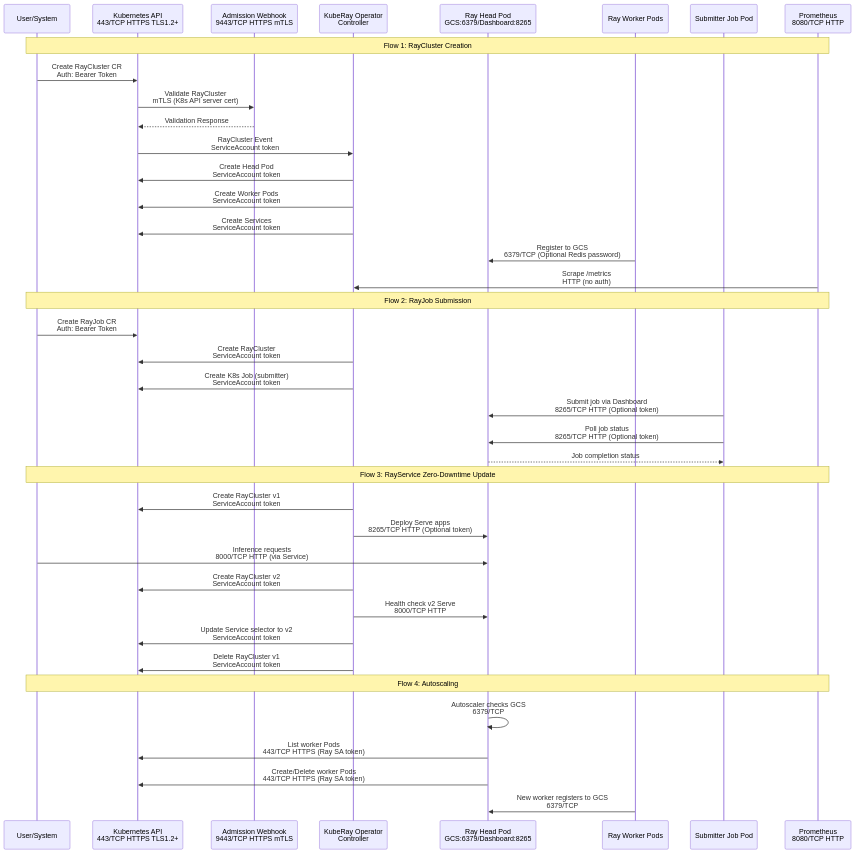
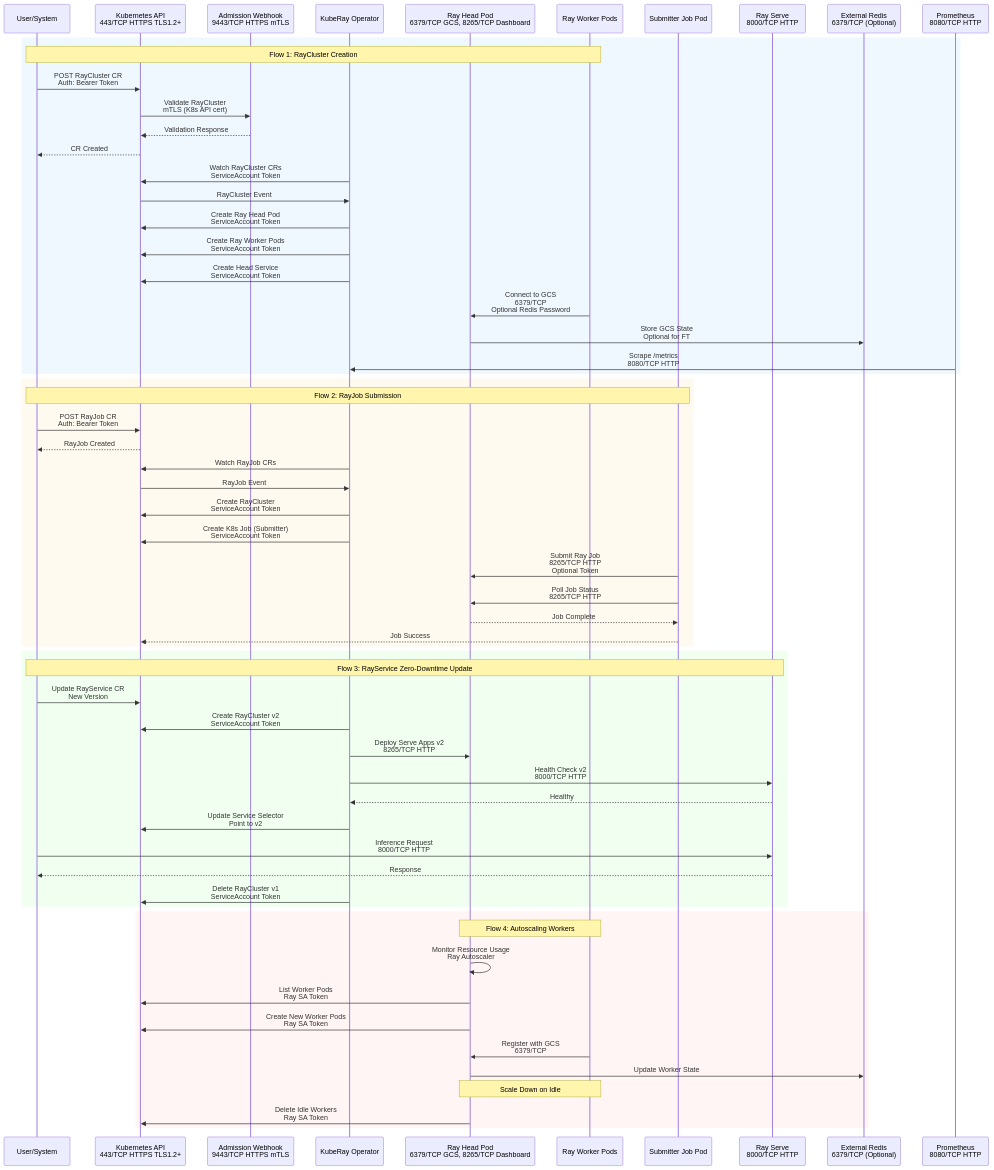
Before and after one commit to rhuss/architecture-context: the diagram in architecture/rhoai-2.25.0/diagrams/kuberay-dataflow.mmd, drawn with Mermaid. The commit also changed 209 other files, not shown here.

```diff
--- a/architecture/rhoai-2.25.0/diagrams/kuberay-dataflow.mmd
+++ b/architecture/rhoai-2.25.0/diagrams/kuberay-dataflow.mmd
@@ -1,43 +1,79 @@
 sequenceDiagram
     participant User as User/System
     participant K8sAPI as Kubernetes API<br/>443/TCP HTTPS TLS1.2+
     participant Webhook as Admission Webhook<br/>9443/TCP HTTPS mTLS
-    participant Operator as KubeRay Operator<br/>Controller
-    participant RayHead as Ray Head Pod<br/>GCS:6379/Dashboard:8265
-    participant RayWorker as Ray Worker Pods
+    participant Operator as KubeRay Operator
+    participant HeadPod as Ray Head Pod<br/>6379/TCP GCS, 8265/TCP Dashboard
+    participant WorkerPod as Ray Worker Pods
     participant JobPod as Submitter Job Pod
+    participant ServePod as Ray Serve<br/>8000/TCP HTTP
+    participant Redis as External Redis<br/>6379/TCP (Optional)
     participant Prometheus as Prometheus<br/>8080/TCP HTTP
 
-    Note over User,Prometheus: Flow 1: RayCluster Creation
-    User->>K8sAPI: Create RayCluster CR<br/>Auth: Bearer Token
-    K8sAPI->>Webhook: Validate RayCluster<br/>mTLS (K8s API server cert)
-    Webhook-->>K8sAPI: Validation Response
-    K8sAPI->>Operator: RayCluster Event<br/>ServiceAccount token
-    Operator->>K8sAPI: Create Head Pod<br/>ServiceAccount token
-    Operator->>K8sAPI: Create Worker Pods<br/>ServiceAccount token
-    Operator->>K8sAPI: Create Services<br/>ServiceAccount token
-    RayWorker->>RayHead: Register to GCS<br/>6379/TCP (Optional Redis password)
-    Prometheus->>Operator: Scrape /metrics<br/>HTTP (no auth)
+    rect rgb(240, 248, 255)
+        Note over User,WorkerPod: Flow 1: RayCluster Creation
+        User->>K8sAPI: POST RayCluster CR<br/>Auth: Bearer Token
+        K8sAPI->>Webhook: Validate RayCluster<br/>mTLS (K8s API cert)
+        Webhook-->>K8sAPI: Validation Response
+        K8sAPI-->>User: CR Created
 
-    Note over User,Prometheus: Flow 2: RayJob Submission
-    User->>K8sAPI: Create RayJob CR<br/>Auth: Bearer Token
-    Operator->>K8sAPI: Create RayCluster<br/>ServiceAccount token
-    Operator->>K8sAPI: Create K8s Job (submitter)<br/>ServiceAccount token
-    JobPod->>RayHead: Submit job via Dashboard<br/>8265/TCP HTTP (Optional token)
-    JobPod->>RayHead: Poll job status<br/>8265/TCP HTTP (Optional token)
-    RayHead-->>JobPod: Job completion status
+        Operator->>K8sAPI: Watch RayCluster CRs<br/>ServiceAccount Token
+        K8sAPI->>Operator: RayCluster Event
 
-    Note over User,Prometheus: Flow 3: RayService Zero-Downtime Update
-    Operator->>K8sAPI: Create RayCluster v1<br/>ServiceAccount token
-    Operator->>RayHead: Deploy Serve apps<br/>8265/TCP HTTP (Optional token)
-    User->>RayHead: Inference requests<br/>8000/TCP HTTP (via Service)
-    Operator->>K8sAPI: Create RayCluster v2<br/>ServiceAccount token
-    Operator->>RayHead: Health check v2 Serve<br/>8000/TCP HTTP
-    Operator->>K8sAPI: Update Service selector to v2<br/>ServiceAccount token
-    Operator->>K8sAPI: Delete RayCluster v1<br/>ServiceAccount token
+        Operator->>K8sAPI: Create Ray Head Pod<br/>ServiceAccount Token
+        Operator->>K8sAPI: Create Ray Worker Pods<br/>ServiceAccount Token
+        Operator->>K8sAPI: Create Head Service<br/>ServiceAccount Token
 
-    Note over User,Prometheus: Flow 4: Autoscaling
-    RayHead->>RayHead: Autoscaler checks GCS<br/>6379/TCP
-    RayHead->>K8sAPI: List worker Pods<br/>443/TCP HTTPS (Ray SA token)
-    RayHead->>K8sAPI: Create/Delete worker Pods<br/>443/TCP HTTPS (Ray SA token)
-    RayWorker->>RayHead: New worker registers to GCS<br/>6379/TCP
+        WorkerPod->>HeadPod: Connect to GCS<br/>6379/TCP<br/>Optional Redis Password
+        HeadPod->>Redis: Store GCS State<br/>Optional for FT
+
+        Prometheus->>Operator: Scrape /metrics<br/>8080/TCP HTTP
+    end
+
+    rect rgb(255, 250, 240)
+        Note over User,JobPod: Flow 2: RayJob Submission
+        User->>K8sAPI: POST RayJob CR<br/>Auth: Bearer Token
+        K8sAPI-->>User: RayJob Created
+
+        Operator->>K8sAPI: Watch RayJob CRs
+        K8sAPI->>Operator: RayJob Event
+
+        Operator->>K8sAPI: Create RayCluster<br/>ServiceAccount Token
+        Operator->>K8sAPI: Create K8s Job (Submitter)<br/>ServiceAccount Token
+
+        JobPod->>HeadPod: Submit Ray Job<br/>8265/TCP HTTP<br/>Optional Token
+        JobPod->>HeadPod: Poll Job Status<br/>8265/TCP HTTP
+        HeadPod-->>JobPod: Job Complete
+        JobPod-->>K8sAPI: Job Success
+    end
+
+    rect rgb(240, 255, 240)
+        Note over User,ServePod: Flow 3: RayService Zero-Downtime Update
+        User->>K8sAPI: Update RayService CR<br/>New Version
+
+        Operator->>K8sAPI: Create RayCluster v2<br/>ServiceAccount Token
+        Operator->>HeadPod: Deploy Serve Apps v2<br/>8265/TCP HTTP
+
+        Operator->>ServePod: Health Check v2<br/>8000/TCP HTTP
+        ServePod-->>Operator: Healthy
+
+        Operator->>K8sAPI: Update Service Selector<br/>Point to v2
+
+        User->>ServePod: Inference Request<br/>8000/TCP HTTP
+        ServePod-->>User: Response
+
+        Operator->>K8sAPI: Delete RayCluster v1<br/>ServiceAccount Token
+    end
+
+    rect rgb(255, 245, 245)
+        Note over HeadPod,WorkerPod: Flow 4: Autoscaling Workers
+        HeadPod->>HeadPod: Monitor Resource Usage<br/>Ray Autoscaler
+        HeadPod->>K8sAPI: List Worker Pods<br/>Ray SA Token
+        HeadPod->>K8sAPI: Create New Worker Pods<br/>Ray SA Token
+
+        WorkerPod->>HeadPod: Register with GCS<br/>6379/TCP
+        HeadPod->>Redis: Update Worker State
+
+        Note over HeadPod,WorkerPod: Scale Down on Idle
+        HeadPod->>K8sAPI: Delete Idle Workers<br/>Ray SA Token
+    end
```
